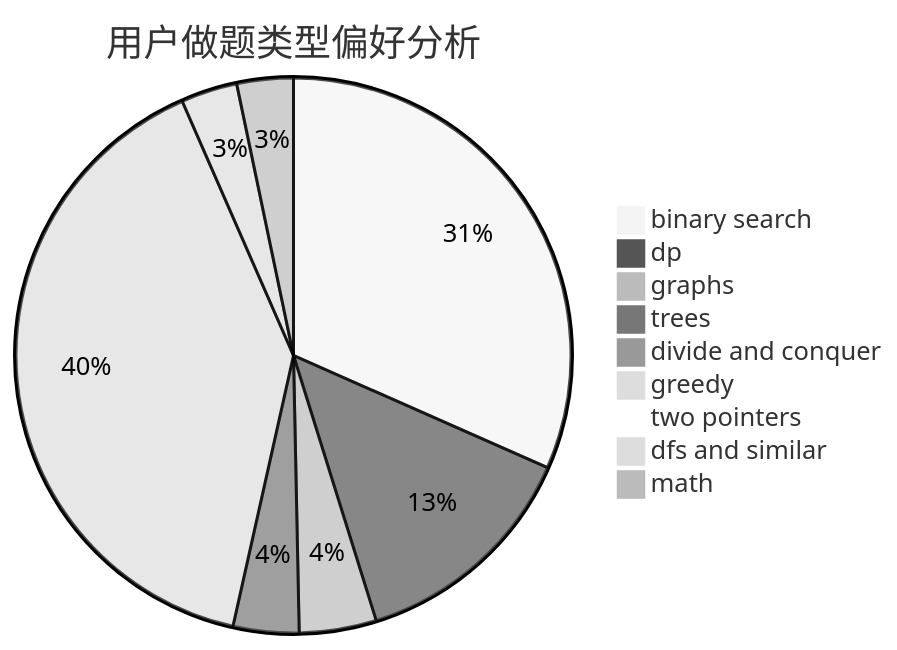
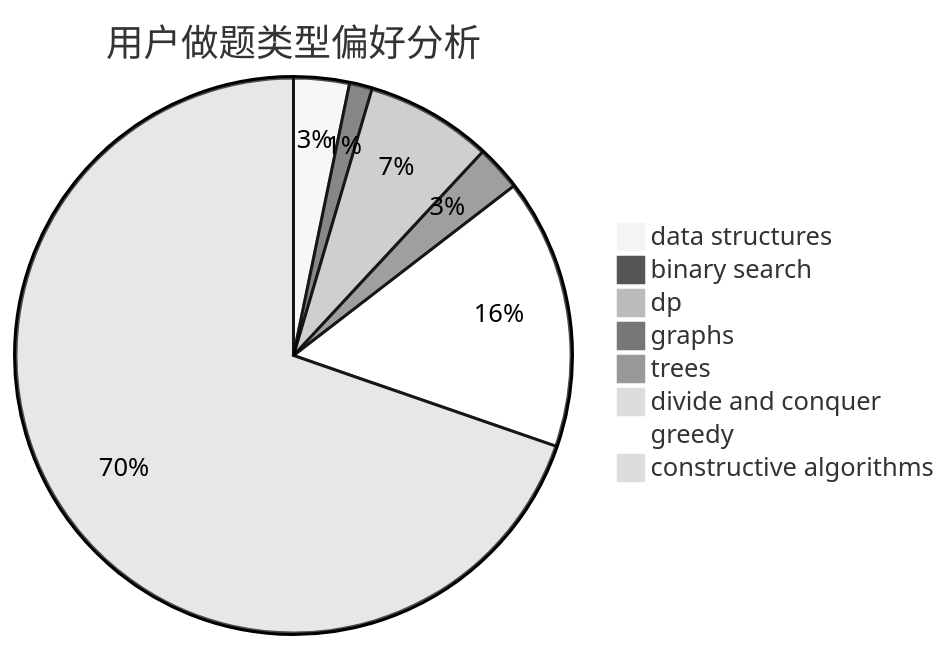
Before and after one commit to sherpahu/cfrs.github.io: the second of 3 diagrams in docs/user/u278.md, drawn with Mermaid (neutral theme). The commit also changed other lines of this file and 2775 other files, not shown here.

````diff
--- a/docs/user/u278.md
+++ b/docs/user/u278.md
@@ -23,12 +23,11 @@
 ```mermaid
 pie title 用户做题类型偏好分析
-    "binary search" :  289
-    "dp" :  124
-    "graphs" :  41
-    "trees" :  35
+    "data structures" :  22
+    "binary search" :  9
+    "dp" :  50
+    "graphs" :  18
+    "trees" :  2
     "divide and conquer" :  0
-    "greedy" :  365
-    "two pointers" :  9
-    "dfs and similar" :  30
-    "math" :  30
+    "greedy" :  107
+    "constructive algorithms" :  474
 ```
````
